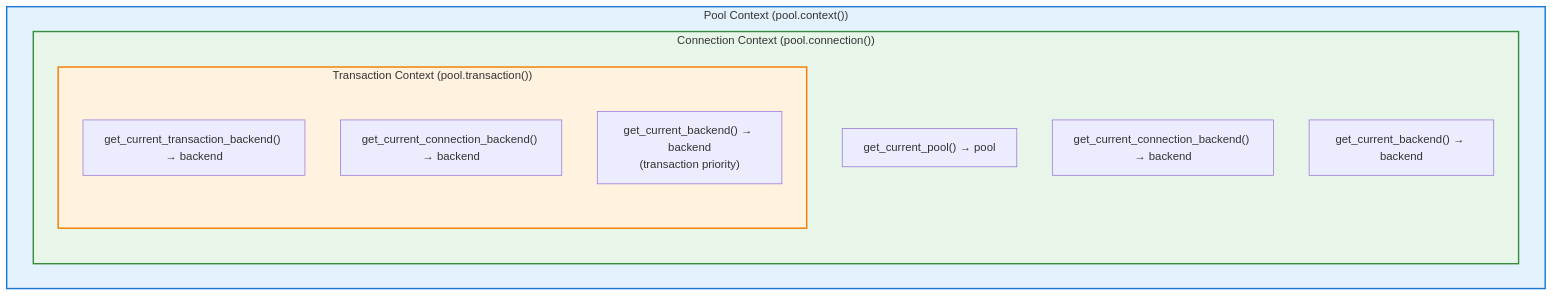
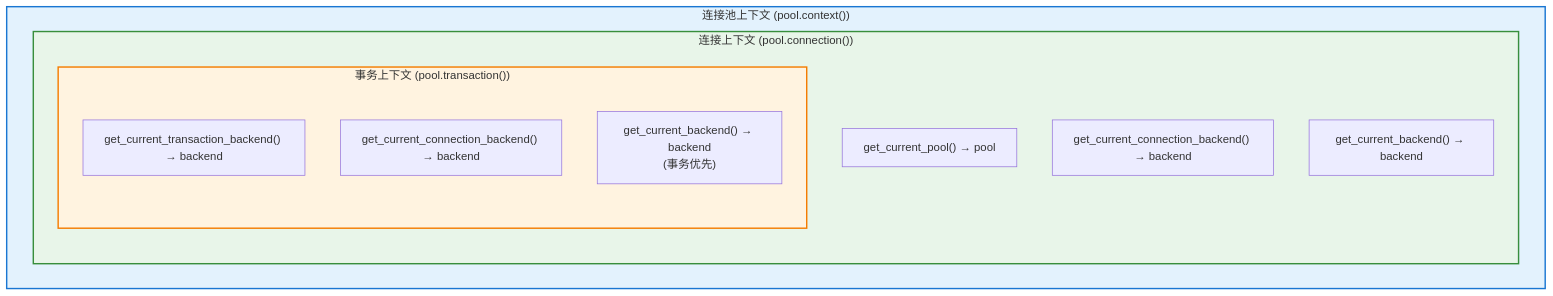
One commit to rhosocial/python-activerecord changed the fourth of 4 diagrams in docs/zh_CN/connection/connection_pool.md. Above: the diagram before and after it, drawn with Mermaid. The commit also changed other lines of this file and 2 other files, not shown here.

Commit message:
refactor(transaction): unify sync/async transaction() implementation in mixins

````diff
--- a/docs/zh_CN/connection/connection_pool.md
+++ b/docs/zh_CN/connection/connection_pool.md
@@ -281,19 +359,19 @@
 ```mermaid
 graph TB
-    subgraph PoolContext["Pool Context (pool.context())"]
-        subgraph ConnectionContext["Connection Context (pool.connection())"]
+    subgraph PoolContext["连接池上下文 (pool.context())"]
+        subgraph ConnectionContext["连接上下文 (pool.connection())"]
             POOL1["get_current_pool() → pool"]
             CONN1["get_current_connection_backend() → backend"]
             CURR1["get_current_backend() → backend"]
-            subgraph TransactionContext["Transaction Context (pool.transaction())"]
+            subgraph TransactionContext["事务上下文 (pool.transaction())"]
                 TX["get_current_transaction_backend() → backend"]
                 CONN2["get_current_connection_backend() → backend"]
-                CURR2["get_current_backend() → backend<br/>(transaction priority)"]
+                CURR2["get_current_backend() → backend<br/>(事务优先)"]
             end
         end
     end
 
     style PoolContext fill:#e3f2fd,stroke:#1976d2,stroke-width:2px
     style ConnectionContext fill:#e8f5e9,stroke:#388e3c,stroke-width:2px
     style TransactionContext fill:#fff3e0,stroke:#f57c00,stroke-width:2px
 ```
````
